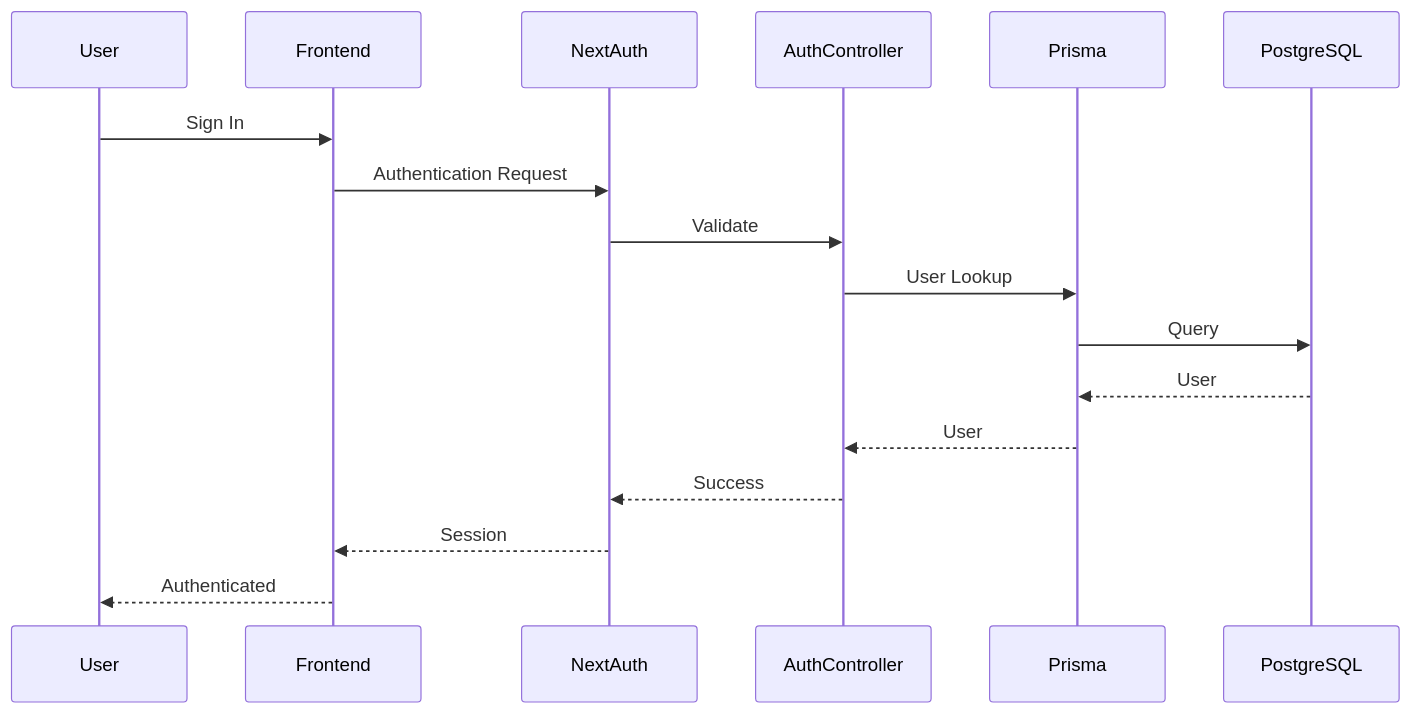
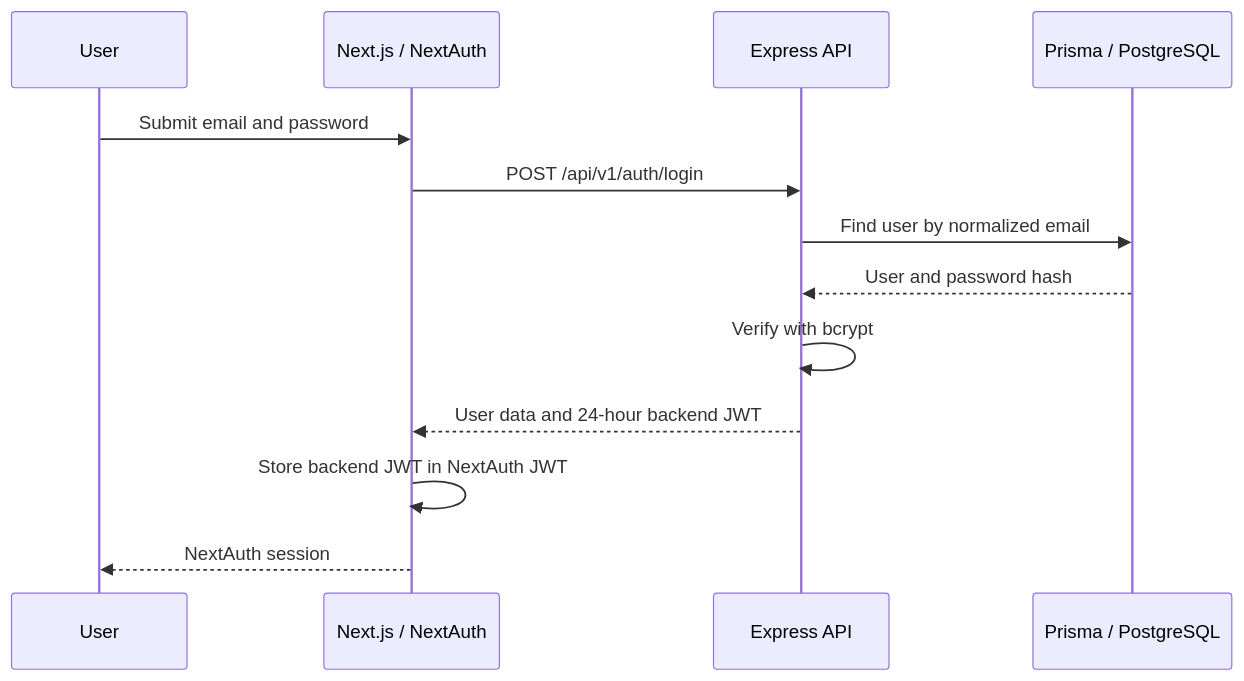
Before and after one commit to Ayesha-Islam/Job-scraper: the diagram in docs/architecture/authentication.md, drawn with Mermaid. The commit also changed other lines of this file and 87 other files, not shown here.

````diff
--- a/docs/architecture/authentication.md
+++ b/docs/architecture/authentication.md
@@ -319,35 +26,16 @@
 ```mermaid
 sequenceDiagram
+    participant U as User
+    participant N as Next.js / NextAuth
+    participant A as Express API
+    participant P as Prisma / PostgreSQL
 
-participant User
-
-participant Frontend
-
-participant NextAuth
-
-participant AuthController
-
-participant Prisma
-
-participant PostgreSQL
-
-User->>Frontend: Sign In
-
-Frontend->>NextAuth: Authentication Request
-
-NextAuth->>AuthController: Validate
-
-AuthController->>Prisma: User Lookup
-
-Prisma->>PostgreSQL: Query
-
-PostgreSQL-->>Prisma: User
-
-Prisma-->>AuthController: User
-
-AuthController-->>NextAuth: Success
-
-NextAuth-->>Frontend: Session
-
-Frontend-->>User: Authenticated
+    U->>N: Submit email and password
+    N->>A: POST /api/v1/auth/login
+    A->>P: Find user by normalized email
+    P-->>A: User and password hash
+    A->>A: Verify with bcrypt
+    A-->>N: User data and 24-hour backend JWT
+    N->>N: Store backend JWT in NextAuth JWT
+    N-->>U: NextAuth session
 ```
````
